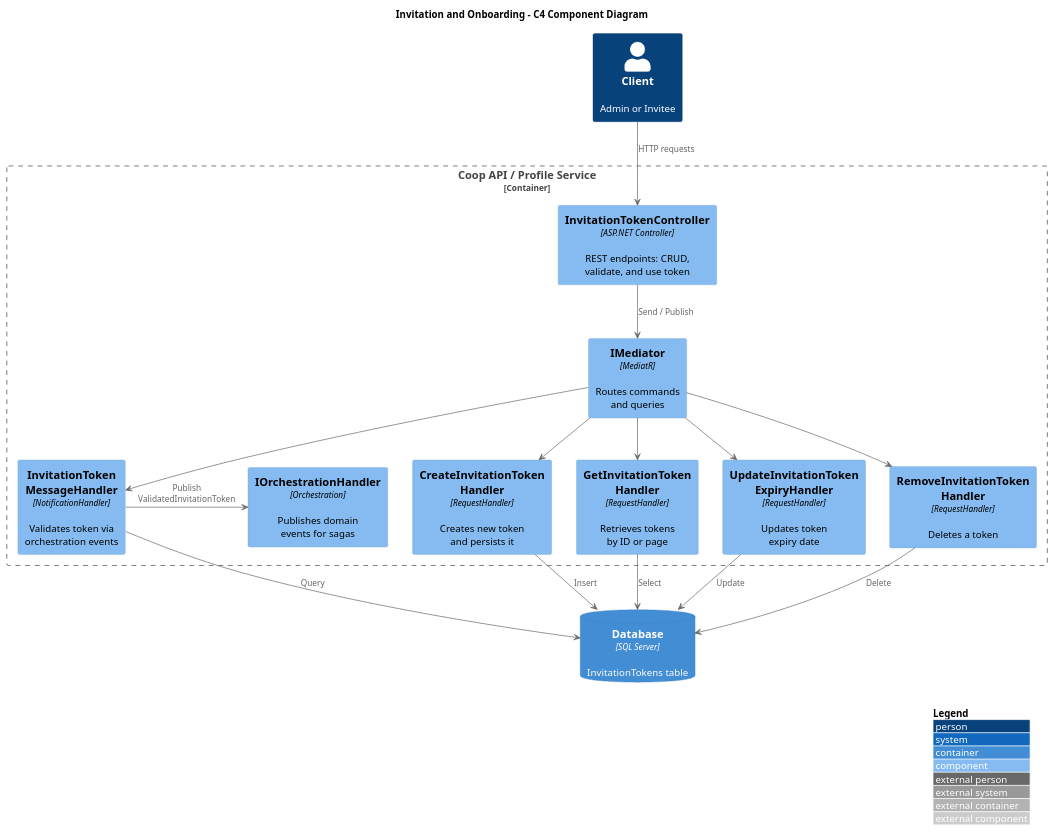
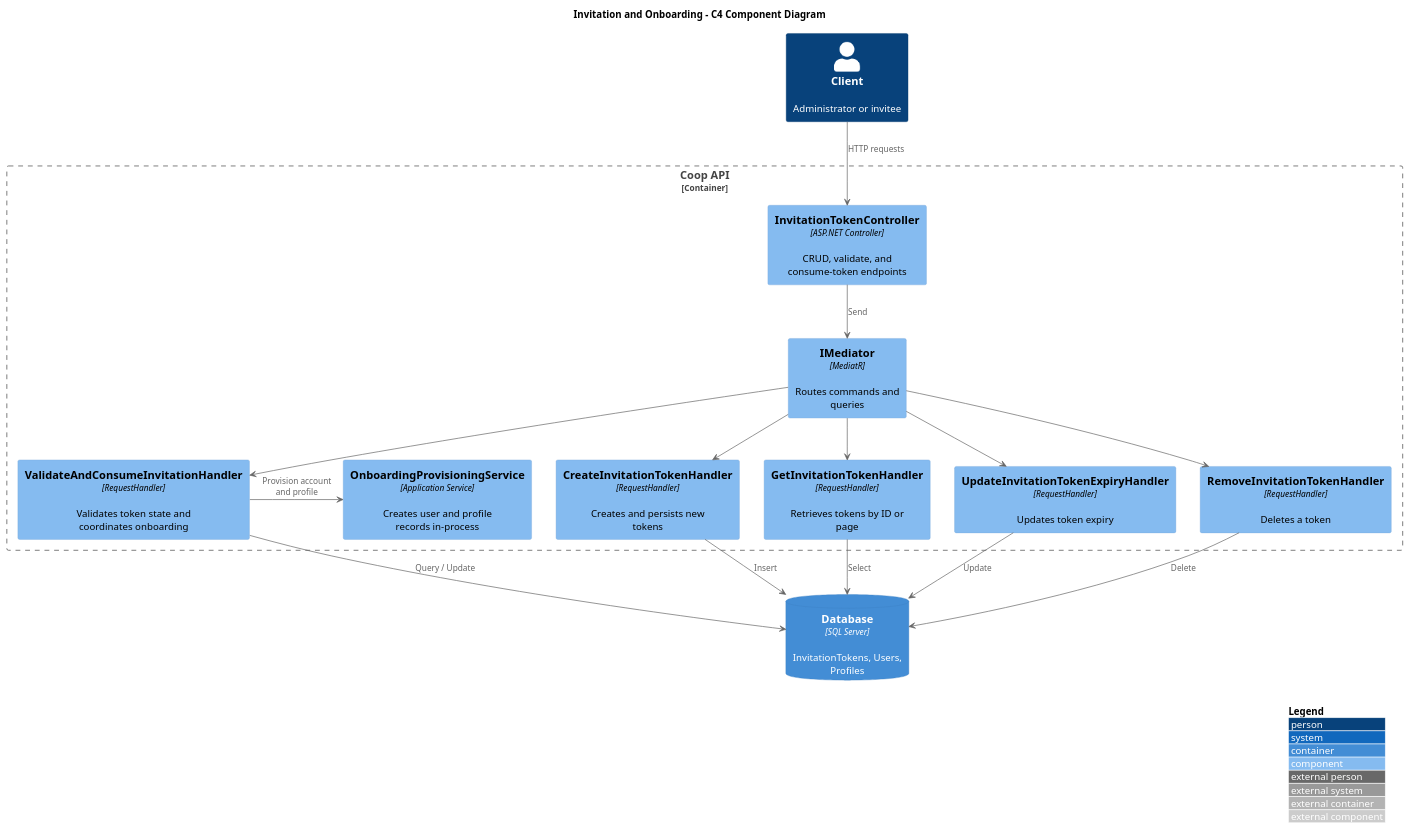
The diagram in docs/detailed-designs/09-invitation-and-onboarding/c4-component.puml (QuinntyneBrown/Coop), drawn with PlantUML before and after one commit. The commit also changed 10 other files, not shown here.

Commit message:
Update PlantUML diagrams for messaging, onboarding, theme, and API layer

```diff
--- a/docs/detailed-designs/09-invitation-and-onboarding/c4-component.puml
+++ b/docs/detailed-designs/09-invitation-and-onboarding/c4-component.puml
@@ -1,41 +1,41 @@
 @startuml c4-component
 
 !include https://raw.githubusercontent.com/plantuml-stdlib/C4-PlantUML/master/C4_Component.puml
 
 LAYOUT_WITH_LEGEND()
 LAYOUT_TOP_DOWN()
 
 title Invitation and Onboarding - C4 Component Diagram
 
-Person(client, "Client", "Admin or Invitee")
+Person(client, "Client", "Administrator or invitee")
 
-Container_Boundary(api, "Coop API / Profile Service") {
-    Component(ctrl, "InvitationTokenController", "ASP.NET Controller", "REST endpoints: CRUD,\nvalidate, and use token")
-    Component(mediator, "IMediator", "MediatR", "Routes commands\nand queries")
-    Component(createH, "CreateInvitationToken\nHandler", "RequestHandler", "Creates new token\nand persists it")
-    Component(getH, "GetInvitationToken\nHandler", "RequestHandler", "Retrieves tokens\nby ID or page")
-    Component(updateH, "UpdateInvitationToken\nExpiryHandler", "RequestHandler", "Updates token\nexpiry date")
-    Component(removeH, "RemoveInvitationToken\nHandler", "RequestHandler", "Deletes a token")
-    Component(msgH, "InvitationToken\nMessageHandler", "NotificationHandler", "Validates token via\norchestration events")
-    Component(orch, "IOrchestrationHandler", "Orchestration", "Publishes domain\nevents for sagas")
+Container_Boundary(api, "Coop API") {
+    Component(ctrl, "InvitationTokenController", "ASP.NET Controller", "CRUD, validate, and consume-token endpoints")
+    Component(mediator, "IMediator", "MediatR", "Routes commands and queries")
+    Component(createH, "CreateInvitationTokenHandler", "RequestHandler", "Creates and persists new tokens")
+    Component(getH, "GetInvitationTokenHandler", "RequestHandler", "Retrieves tokens by ID or page")
+    Component(updateH, "UpdateInvitationTokenExpiryHandler", "RequestHandler", "Updates token expiry")
+    Component(removeH, "RemoveInvitationTokenHandler", "RequestHandler", "Deletes a token")
+    Component(validateH, "ValidateAndConsumeInvitationHandler", "RequestHandler", "Validates token state and coordinates onboarding")
+    Component(provisioning, "OnboardingProvisioningService", "Application Service", "Creates user and profile records in-process")
 }
 
-ContainerDb(db, "Database", "SQL Server", "InvitationTokens table")
+ContainerDb(db, "Database", "SQL Server", "InvitationTokens, Users, Profiles")
 
 client -down-> ctrl : HTTP requests
-ctrl -down-> mediator : Send / Publish
+ctrl -down-> mediator : Send
 mediator -down-> createH
 mediator -down-> getH
 mediator -down-> updateH
 mediator -down-> removeH
-mediator -down-> msgH
+mediator -down-> validateH
 
-msgH -right-> orch : Publish\nValidatedInvitationToken
+validateH -right-> provisioning : Provision account\nand profile
 
 createH -down-> db : Insert
 getH -down-> db : Select
 updateH -down-> db : Update
 removeH -down-> db : Delete
-msgH -down-> db : Query
+validateH -down-> db : Query / Update
 
 @enduml
```
